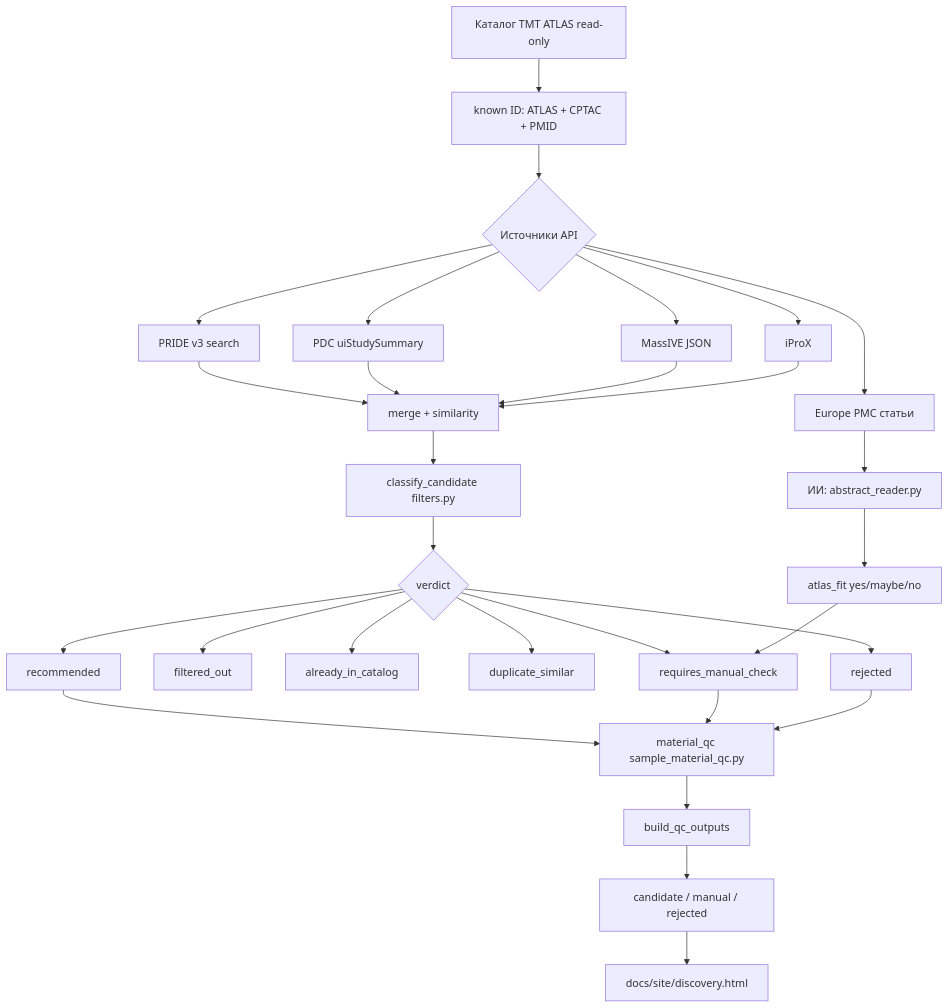
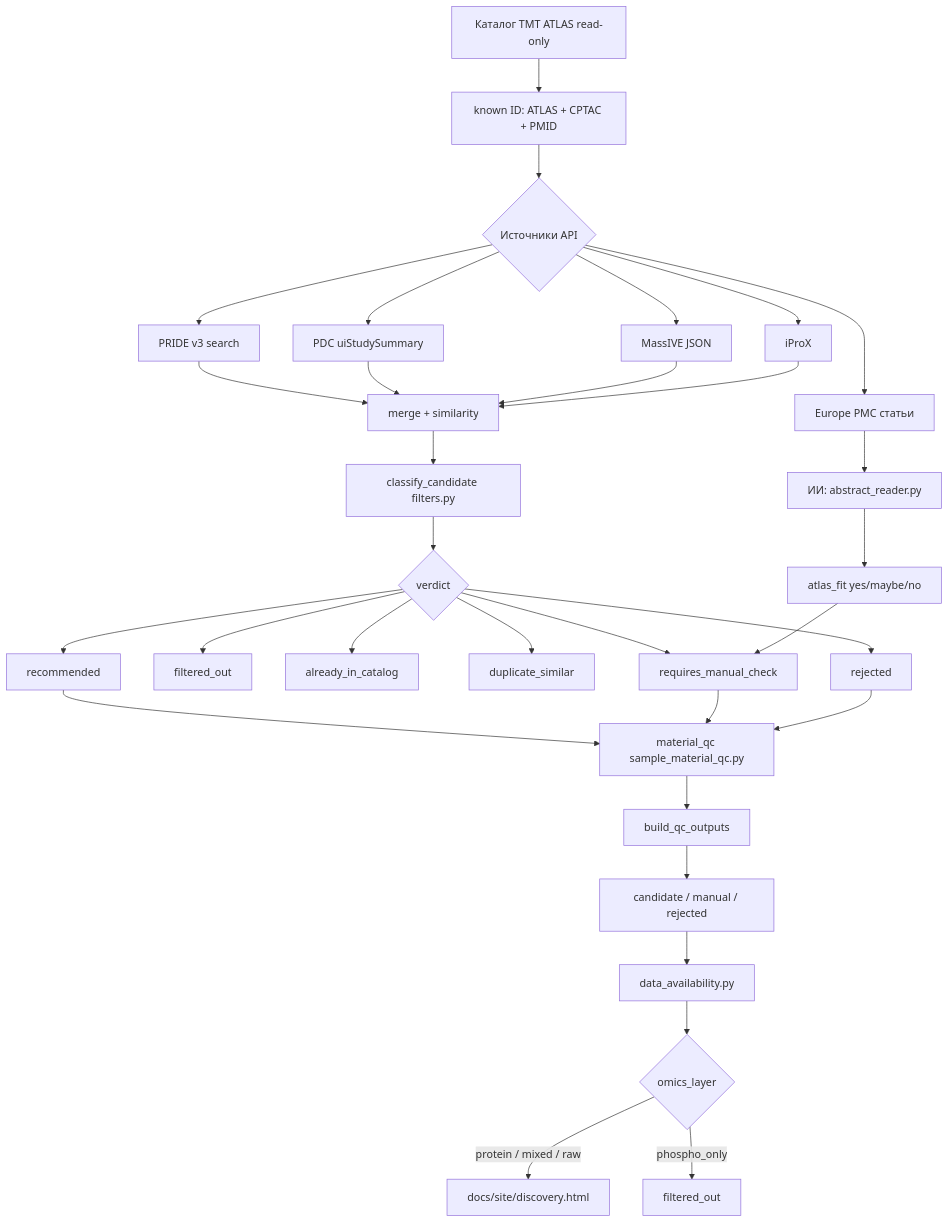
Before and after one commit to arinaatom-cyber/ai-for-atlas: the diagram in docs/DISCOVERY_PIPELINE_RU.md, drawn with Mermaid. The commit also changed other lines of this file and 6 other files, not shown here.

````diff
--- a/docs/DISCOVERY_PIPELINE_RU.md
+++ b/docs/DISCOVERY_PIPELINE_RU.md
@@ -28,31 +31,34 @@
 ```mermaid
 flowchart TD
     A[Каталог TMT ATLAS read-only] --> B[known ID: ATLAS + CPTAC + PMID]
     B --> C{Источники API}
     C --> D[PRIDE v3 search]
     C --> E[PDC uiStudySummary]
     C --> F[MassIVE JSON]
     C --> G[iProX]
     C --> H[Europe PMC статьи]
     H --> I[ИИ: abstract_reader.py]
     I --> J[atlas_fit yes/maybe/no]
     D --> K[merge + similarity]
     E --> K
     F --> K
     G --> K
     K --> L[classify_candidate filters.py]
     L --> M{verdict}
     M --> N[recommended]
     M --> O[filtered_out]
     M --> P[already_in_catalog]
     M --> Q[duplicate_similar]
     M --> R[requires_manual_check]
     M --> S[rejected]
     N --> T[material_qc sample_material_qc.py]
     R --> T
     S --> T
     T --> U[build_qc_outputs]
     U --> V[candidate / manual / rejected]
-    V --> W[docs/site/discovery.html]
+    V --> W[data_availability.py]
+    W --> X{omics_layer}
+    X -->|protein / mixed / raw| Y[docs/site/discovery.html]
+    X -->|phospho_only| Z[filtered_out]
     J --> R
 ```
````
